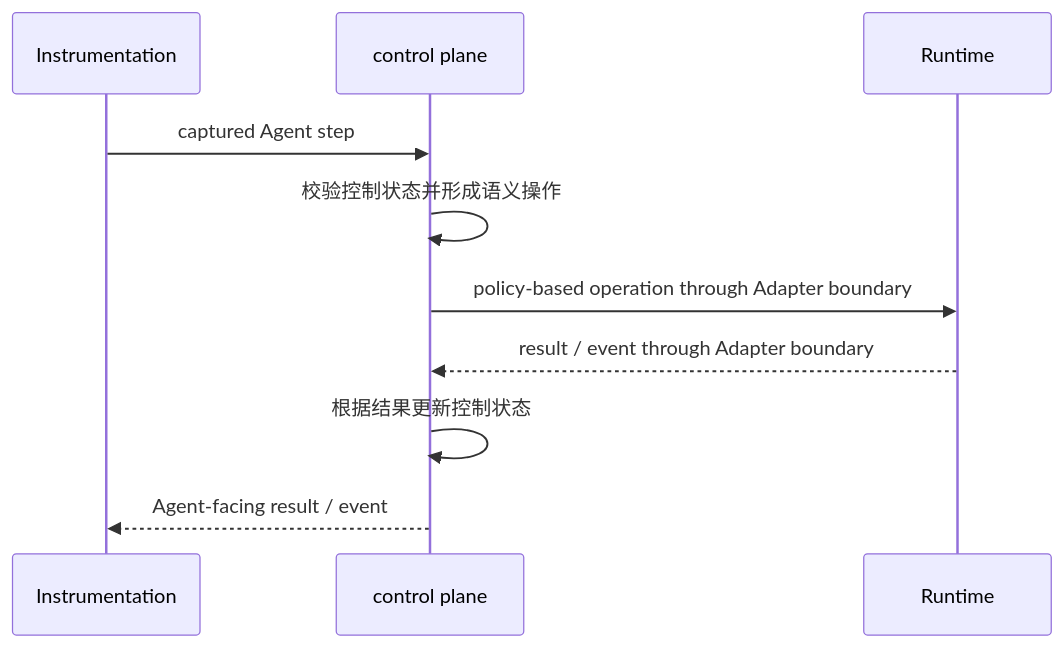
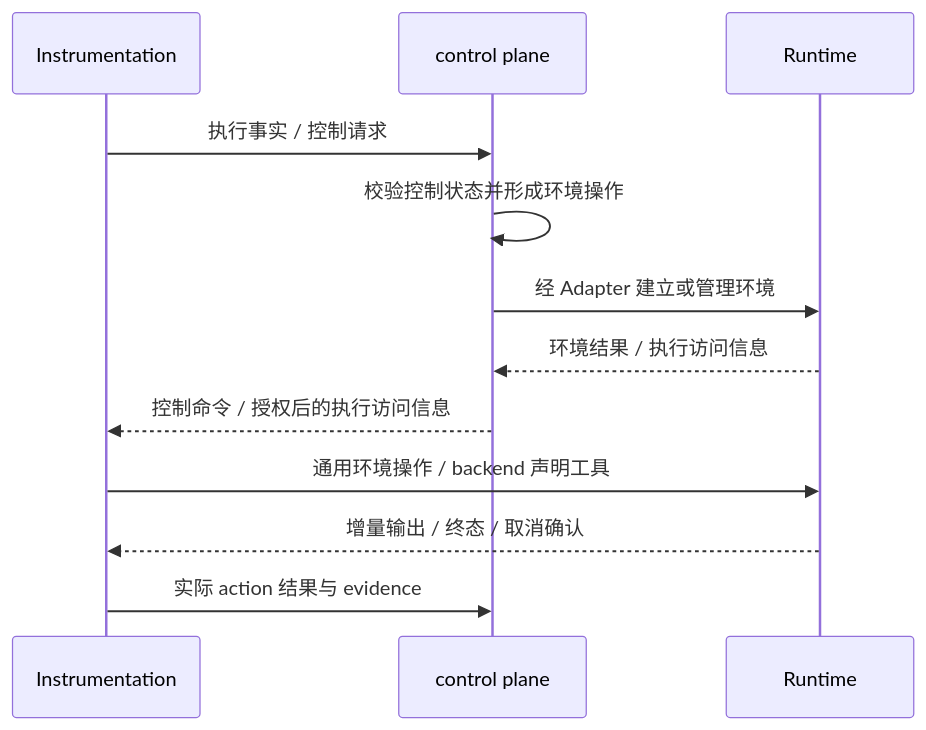
One commit to bettermultiply/AgentScout changed the diagram in docs/architecture.md. Above: the diagram before and after it, drawn with Mermaid. The commit also changed other lines of this file and 15 other files, not shown here.

````diff
--- a/docs/architecture.md
+++ b/docs/architecture.md
@@ -45,13 +47,15 @@
 ```mermaid
 sequenceDiagram
     participant A as Instrumentation
     participant C as control plane
     participant R as Runtime
 
-    A->>C: captured Agent step
-    C->>C: 校验控制状态并形成语义操作
-    C->>R: policy-based operation through Adapter boundary
-    R-->>C: result / event through Adapter boundary
-    C->>C: 根据结果更新控制状态
-    C-->>A: Agent-facing result / event
+    A->>C: 执行事实 / 控制请求
+    C->>C: 校验控制状态并形成环境操作
+    C->>R: 经 Adapter 建立或管理环境
+    R-->>C: 环境结果 / 执行访问信息
+    C-->>A: 控制命令 / 授权后的执行访问信息
+    A->>R: 通用环境操作 / backend 声明工具
+    R-->>A: 增量输出 / 终态 / 取消确认
+    A->>C: 实际 action 结果与 evidence
 ```
````
